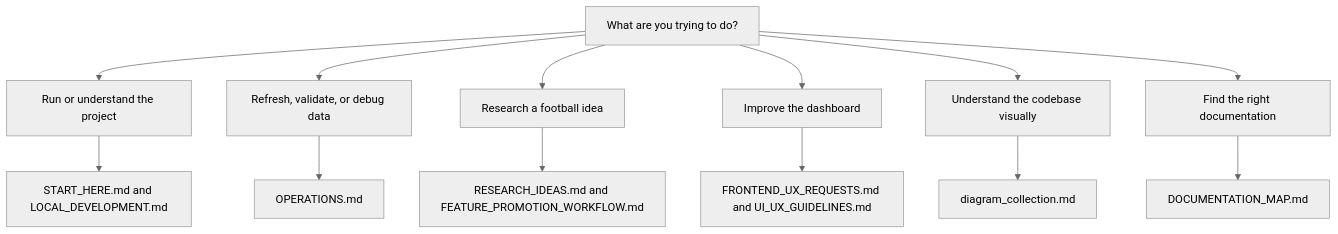
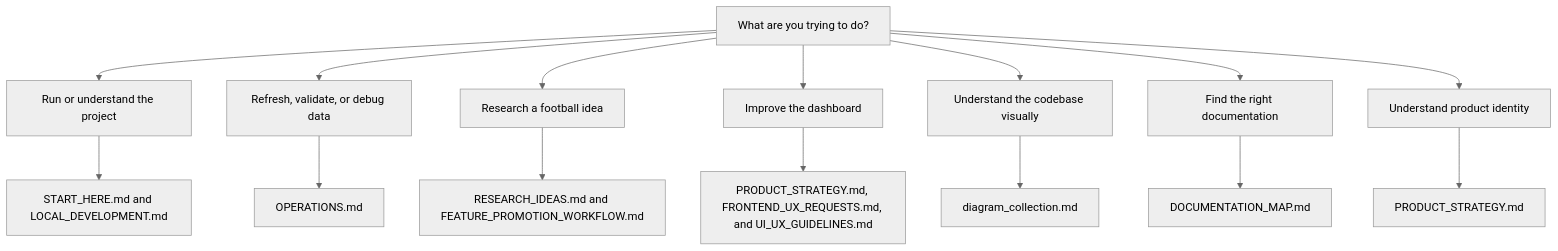
One commit to humphrey-nyanzi/upl-lens changed the diagram in docs/DOCUMENTATION_MAP.md. Above: the diagram before and after it, drawn with Mermaid (neutral theme). The commit also changed other lines of this file and 14 other files, not shown here.

````diff
--- a/docs/DOCUMENTATION_MAP.md
+++ b/docs/DOCUMENTATION_MAP.md
@@ -12,17 +12,19 @@
 ```mermaid
 flowchart TD
     A["What are you trying to do?"]
     A --> B["Run or understand the project"]
     A --> C["Refresh, validate, or debug data"]
     A --> D["Research a football idea"]
     A --> E["Improve the dashboard"]
     A --> F["Understand the codebase visually"]
     A --> G["Find the right documentation"]
+    A --> H["Understand product identity"]
 
     B --> B1["START_HERE.md and LOCAL_DEVELOPMENT.md"]
     C --> C1["OPERATIONS.md"]
     D --> D1["RESEARCH_IDEAS.md and FEATURE_PROMOTION_WORKFLOW.md"]
-    E --> E1["FRONTEND_UX_REQUESTS.md and UI_UX_GUIDELINES.md"]
+    E --> E1["PRODUCT_STRATEGY.md, FRONTEND_UX_REQUESTS.md, and UI_UX_GUIDELINES.md"]
     F --> F1["diagram_collection.md"]
     G --> G1["DOCUMENTATION_MAP.md"]
+    H --> H1["PRODUCT_STRATEGY.md"]
 ```
````
